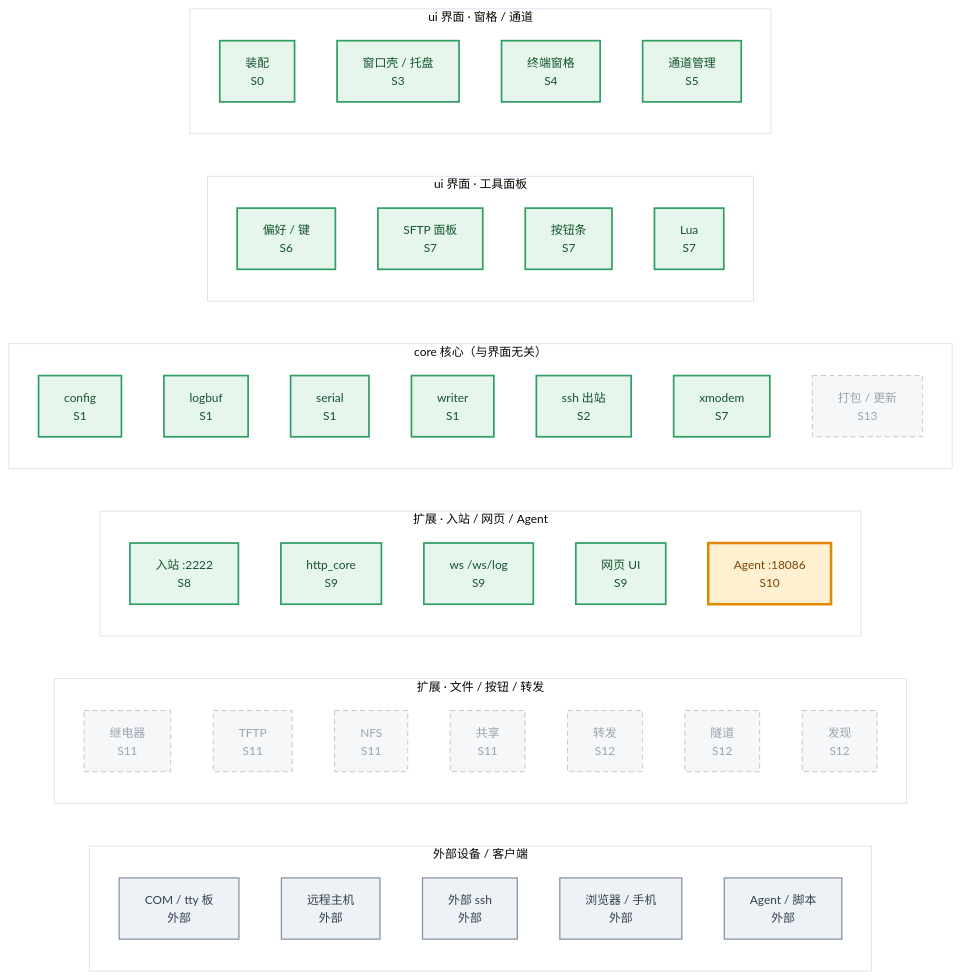
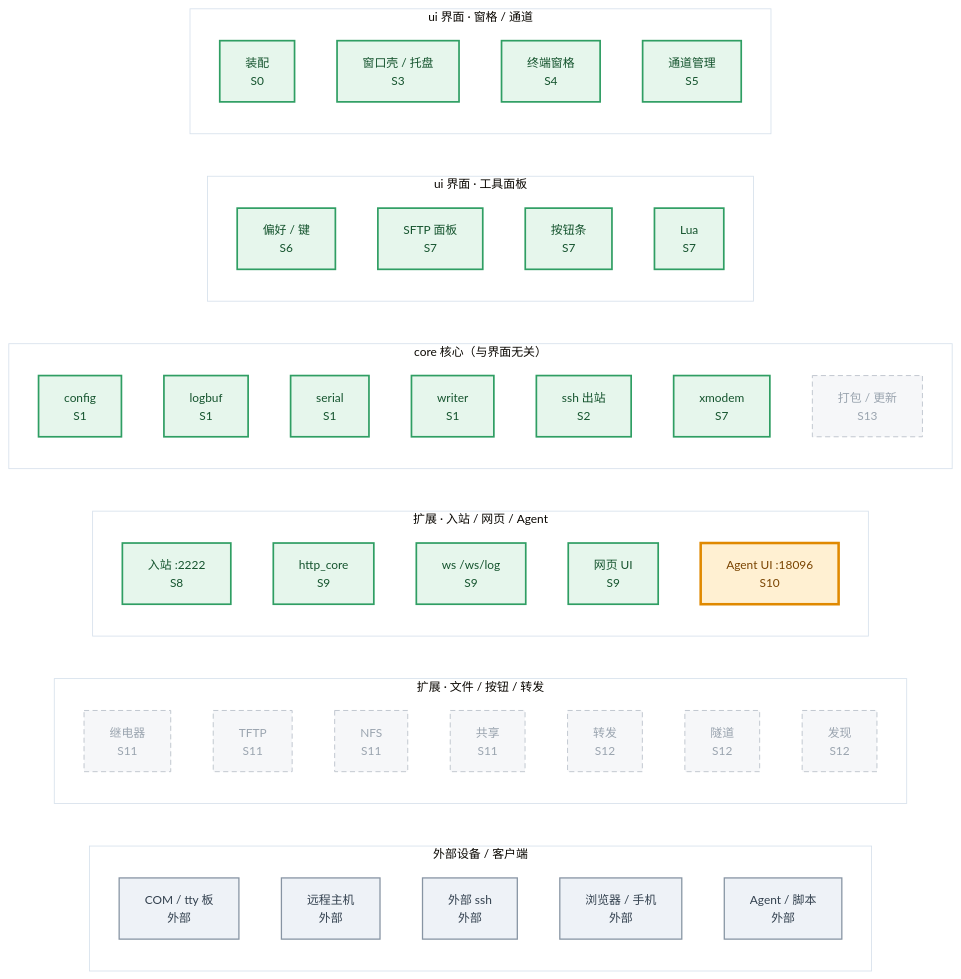
One commit to yanggan2015/ssh-bridge-v3 changed diagram 11 of 14 in docs/阶梯架构图.md. Above: the diagram before and after it, drawn with Mermaid. The commit also changed other lines of this file and 7 other files, not shown here.

````diff
--- a/docs/阶梯架构图.md
+++ b/docs/阶梯架构图.md
@@ -685,58 +687,58 @@
 ```mermaid
 %%{init: {'theme':'base','themeVariables':{'clusterBkg':'#ffffff','clusterBorder':'#d7e1ec','fontFamily':'Microsoft YaHei, sans-serif','fontSize':'14px','lineColor':'#8794a3'},'flowchart':{'htmlLabels':false,'useMaxWidth':true}}}%%
 flowchart LR
   classDef ext fill:#eef2f7,stroke:#8794a3,stroke-width:1.5px,color:#33414f
   classDef done fill:#e6f6ec,stroke:#2f9e63,stroke-width:2px,color:#14532d
   classDef cur fill:#fff0d2,stroke:#e08900,stroke-width:3px,color:#7a4400
   classDef plan fill:#f6f7f9,stroke:#b9c0c9,stroke-width:1px,color:#9aa4af,stroke-dasharray:6 4
   subgraph OUT["外部设备 / 客户端"]
     direction TB
     E_COM["COM / tty 板<br/>外部"]:::ext
     E_HOST["远程主机<br/>外部"]:::ext
     E_CLI["外部 ssh<br/>外部"]:::ext
     E_BR["浏览器 / 手机<br/>外部"]:::ext
     E_AG["Agent / 脚本<br/>外部"]:::ext
   end
   subgraph GSVC2["扩展 · 文件 / 按钮 / 转发"]
     direction TB
     REL["继电器<br/>S11"]:::plan
     TFTP["TFTP<br/>S11"]:::plan
     NFS["NFS<br/>S11"]:::plan
     SHR["共享<br/>S11"]:::plan
     FWD["转发<br/>S12"]:::plan
     TUN["隧道<br/>S12"]:::plan
     DSC["发现<br/>S12"]:::plan
   end
   subgraph GSVC1["扩展 · 入站 / 网页 / Agent"]
     direction TB
     INB["入站 :2222<br/>S8"]:::done
     HTTP["http_core<br/>S9"]:::done
     WS["ws /ws/log<br/>S9"]:::done
     WEB["网页 UI<br/>S9"]:::done
-    AGT["Agent :18086<br/>S10"]:::cur
+    AGT["Agent UI :18096<br/>S10"]:::cur
   end
   subgraph GCORE["core 核心（与界面无关）"]
     direction TB
     CFG["config<br/>S1"]:::done
     LOGB["logbuf<br/>S1"]:::done
     SER["serial<br/>S1"]:::done
     WR["writer<br/>S1"]:::done
     SSHOB["ssh 出站<br/>S2"]:::done
     XMOD["xmodem<br/>S7"]:::done
     UPD["打包 / 更新<br/>S13"]:::plan
   end
   subgraph GUI2["ui 界面 · 工具面板"]
     direction TB
     PREFS["偏好 / 键<br/>S6"]:::done
     SFTP["SFTP 面板<br/>S7"]:::done
     BTN["按钮条<br/>S7"]:::done
     LUA["Lua<br/>S7"]:::done
   end
   subgraph GUI1["ui 界面 · 窗格 / 通道"]
     direction TB
     APP["装配<br/>S0"]:::done
     SHELL["窗口壳 / 托盘<br/>S3"]:::done
     TERM["终端窗格<br/>S4"]:::done
     MGMT["通道管理<br/>S5"]:::done
   end
 ```
````
